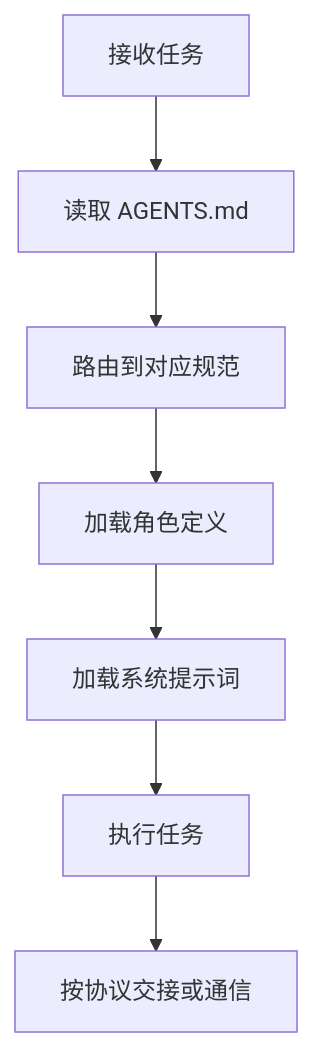
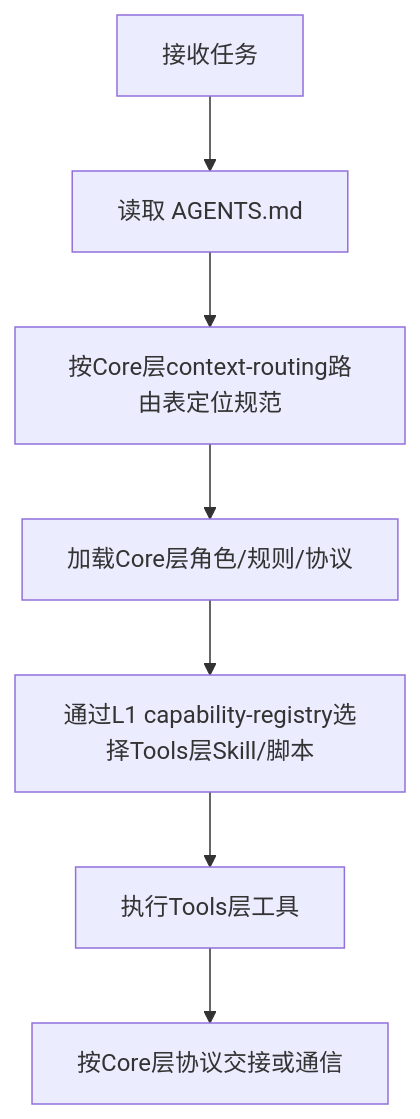
The diagram in .agents/README.md (xinetzone/SpecWeave), drawn with Mermaid before and after one commit. The commit also changed other lines of this file and 9 other files, not shown here.

````diff
--- a/.agents/README.md
+++ b/.agents/README.md
@@ -62,9 +137,9 @@
 ```mermaid
 flowchart TD
     A["接收任务"] --> B["读取 AGENTS.md"]
-    B --> C["路由到对应规范"]
-    C --> D["加载角色定义"]
-    D --> E["加载系统提示词"]
-    E --> F["执行任务"]
-    F --> G["按协议交接或通信"]
+    B --> C["按Core层context-routing路由表定位规范"]
+    C --> D["加载Core层角色/规则/协议"]
+    D --> E["通过L1 capability-registry选择Tools层Skill/脚本"]
+    E --> F["执行Tools层工具"]
+    F --> G["按Core层协议交接或通信"]
 ```
````
